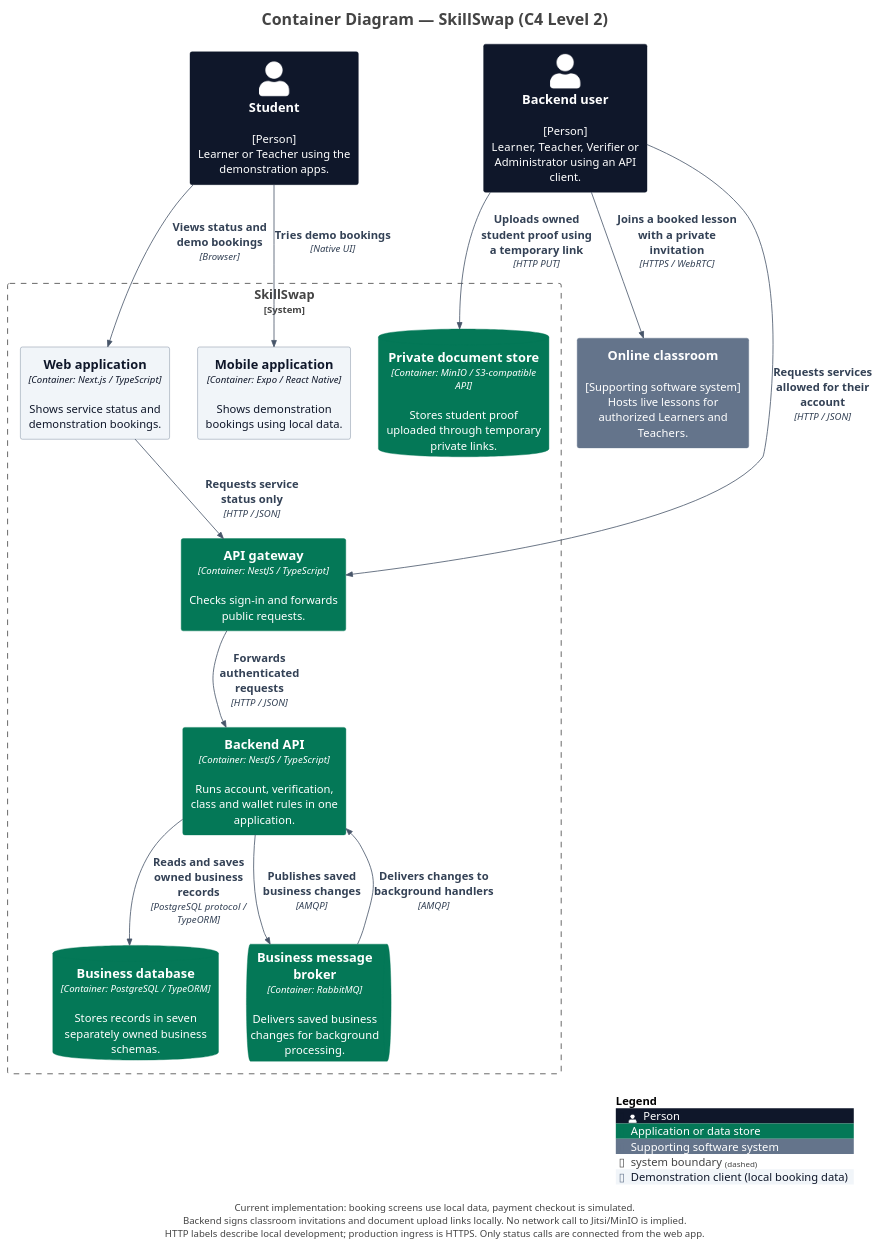
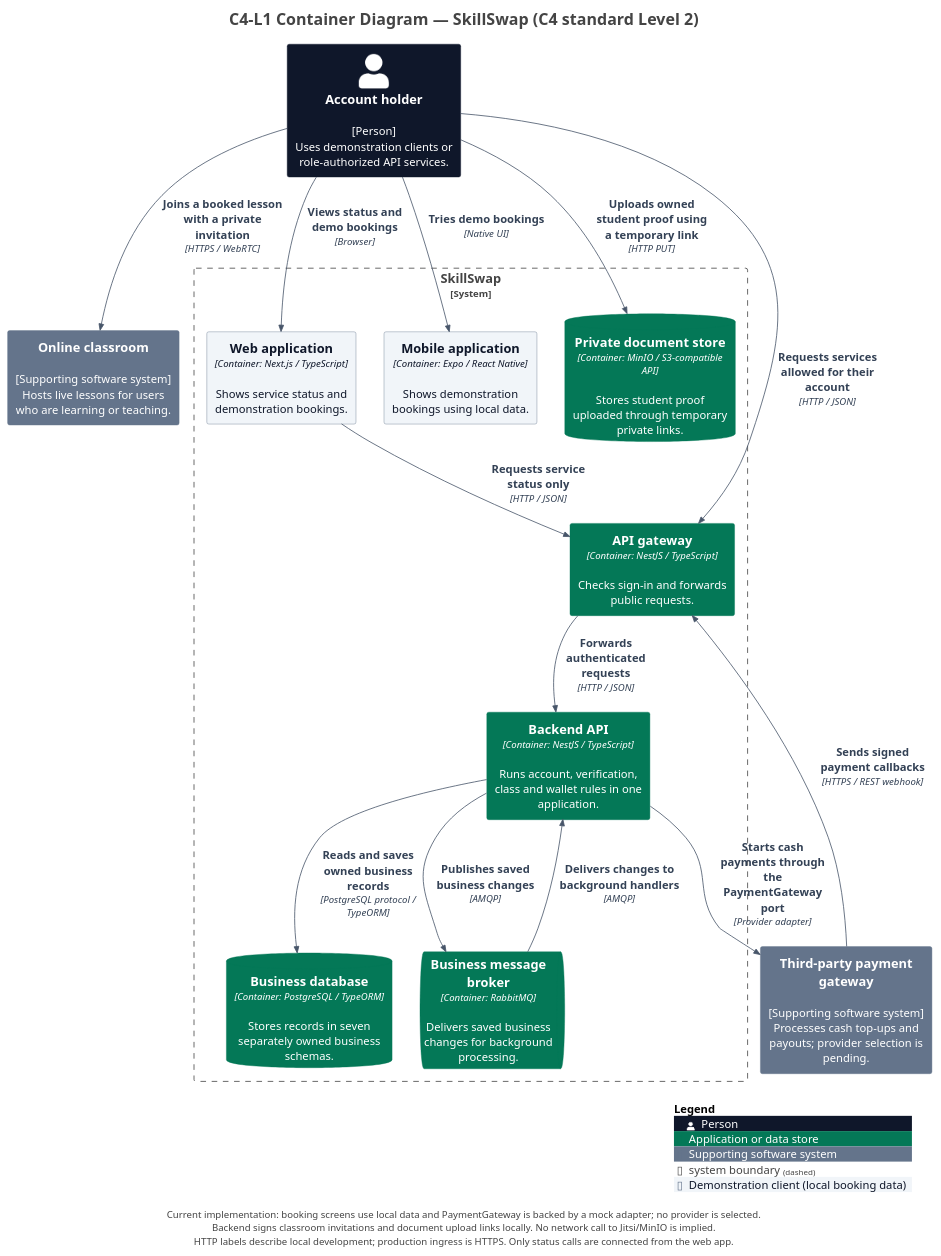
Before and after one commit to trankien022/SkillSwap: the diagram in docs/diagrams/c4/source/structurizr-Containers.puml, drawn with PlantUML. The commit also changed 19 other files, not shown here.

First line of the commit message:
docs(diagrams): align C4 with account roles

```diff
--- a/docs/diagrams/c4/source/structurizr-Containers.puml
+++ b/docs/diagrams/c4/source/structurizr-Containers.puml
@@ -1,65 +1,67 @@
 @startuml
-title Container Diagram — SkillSwap (C4 Level 2)
+title C4-L1 Container Diagram — SkillSwap (C4 standard Level 2)
 
 set separator none
 top to bottom direction
 
 <style>
   root {
     BackgroundColor: #ffffff
     FontColor: #444444
   }
 </style>
 
 !include <C4/C4>
 !include <C4/C4_Context>
 !include <C4/C4_Container>
 
 ' Presentation only: model elements and relationships come from workspace.dsl.
 skinparam defaultFontName Arial
 skinparam defaultFontSize 14
 skinparam shadowing false
 skinparam nodesep 35
 skinparam ranksep 45
 skinparam footerFontSize 12
 skinparam titleFontSize 20
 UpdateElementStyle("person", $bgColor="#0F172A", $fontColor="#FFFFFF", $borderColor="#0F172A", $legendText="Person")
 UpdateElementStyle("system", $bgColor="#047857", $fontColor="#FFFFFF", $borderColor="#047857", $legendText="Software system in scope")
 UpdateElementStyle("external_system", $bgColor="#64748B", $fontColor="#FFFFFF", $borderColor="#64748B", $legendText="Supporting software system")
 UpdateElementStyle("container", $bgColor="#047857", $fontColor="#FFFFFF", $borderColor="#047857", $legendText="Application or data store")
 UpdateRelStyle($lineColor="#475569", $textColor="#334155")
 AddElementTag("Demo", $bgColor="#F1F5F9", $fontColor="#0F172A", $borderColor="#64748B", $legendText="Demonstration client (local booking data)")
 
-Person(Student, "Student", $descr="[Person]\nLearner or Teacher using the demonstration apps.", $tags="", $link="")
-Person(Backenduser, "Backend user", $descr="[Person]\nLearner, Teacher, Verifier or Administrator using an API client.", $tags="", $link="")
-System_Ext(Onlineclassroom, "Online classroom", $descr="[Supporting software system]\nHosts live lessons for authorized Learners and Teachers.", $tags="", $link="")
+Person(AccountHolder, "Account holder", $descr="[Person]\nUses demonstration clients or role-authorized API services.", $tags="", $link="")
+System_Ext(Onlineclassroom, "Online classroom", $descr="[Supporting software system]\nHosts live lessons for users who are learning or teaching.", $tags="", $link="")
+System_Ext(Paymentgateway, "Third-party payment gateway", $descr="[Supporting software system]\nProcesses cash top-ups and payouts; provider selection is pending.", $tags="", $link="")
 
 System_Boundary("SkillSwap_boundary", "SkillSwap", $tags="") {
   Container(SkillSwap.APIgateway, "API gateway", $techn="Container: NestJS / TypeScript", $descr="Checks sign-in and forwards public requests.", $tags="", $link="")
   Container(SkillSwap.BackendAPI, "Backend API", $techn="Container: NestJS / TypeScript", $descr="Runs account, verification, class and wallet rules in one application.", $tags="", $link="")
   ContainerDb(SkillSwap.Businessdatabase, "Business database", $techn="Container: PostgreSQL / TypeORM", $descr="Stores records in seven separately owned business schemas.", $tags="", $link="")
   ContainerQueue(SkillSwap.Businessmessagebroker, "Business message broker", $techn="Container: RabbitMQ", $descr="Delivers saved business changes for background processing.", $tags="", $link="")
   ContainerDb(SkillSwap.Privatedocumentstore, "Private document store", $techn="Container: MinIO / S3-compatible API", $descr="Stores student proof uploaded through temporary private links.", $tags="", $link="")
   Container(SkillSwap.Webapplication, "Web application", $techn="Container: Next.js / TypeScript", $descr="Shows service status and demonstration bookings.", $tags="Demo", $link="")
   Container(SkillSwap.Mobileapplication, "Mobile application", $techn="Container: Expo / React Native", $descr="Shows demonstration bookings using local data.", $tags="Demo", $link="")
 }
 
-Rel(Student, SkillSwap.Webapplication, "Views status and demo bookings", $techn="Browser", $tags="", $link="")
-Rel(Student, SkillSwap.Mobileapplication, "Tries demo bookings", $techn="Native UI", $tags="", $link="")
-Rel(Backenduser, SkillSwap.APIgateway, "Requests services allowed for their account", $techn="HTTP / JSON", $tags="", $link="")
-Rel(Backenduser, SkillSwap.Privatedocumentstore, "Uploads owned student proof using a temporary link", $techn="HTTP PUT", $tags="", $link="")
-Rel(Backenduser, Onlineclassroom, "Joins a booked lesson with a private invitation", $techn="HTTPS / WebRTC", $tags="", $link="")
+Rel(AccountHolder, SkillSwap.Webapplication, "Views status and demo bookings", $techn="Browser", $tags="", $link="")
+Rel(AccountHolder, SkillSwap.Mobileapplication, "Tries demo bookings", $techn="Native UI", $tags="", $link="")
+Rel(AccountHolder, SkillSwap.APIgateway, "Requests services allowed for their account", $techn="HTTP / JSON", $tags="", $link="")
+Rel(AccountHolder, SkillSwap.Privatedocumentstore, "Uploads owned student proof using a temporary link", $techn="HTTP PUT", $tags="", $link="")
+Rel(AccountHolder, Onlineclassroom, "Joins a booked lesson with a private invitation", $techn="HTTPS / WebRTC", $tags="", $link="")
 Rel(SkillSwap.Webapplication, SkillSwap.APIgateway, "Requests service status only", $techn="HTTP / JSON", $tags="", $link="")
 Rel(SkillSwap.APIgateway, SkillSwap.BackendAPI, "Forwards authenticated requests", $techn="HTTP / JSON", $tags="", $link="")
 Rel(SkillSwap.BackendAPI, SkillSwap.Businessdatabase, "Reads and saves owned business records", $techn="PostgreSQL protocol / TypeORM", $tags="", $link="")
 Rel(SkillSwap.BackendAPI, SkillSwap.Businessmessagebroker, "Publishes saved business changes", $techn="AMQP", $tags="", $link="")
 Rel(SkillSwap.Businessmessagebroker, SkillSwap.BackendAPI, "Delivers changes to background handlers", $techn="AMQP", $tags="", $link="")
+Rel(SkillSwap.BackendAPI, Paymentgateway, "Starts cash payments through the PaymentGateway port", $techn="Provider adapter", $tags="", $link="")
+Rel(Paymentgateway, SkillSwap.APIgateway, "Sends signed payment callbacks", $techn="HTTPS / REST webhook", $tags="", $link="")
 
-Lay_R(Student, Backenduser)
+Lay_R(AccountHolder, Onlineclassroom)
 Lay_R(SkillSwap.Webapplication, SkillSwap.Mobileapplication)
 Lay_D(SkillSwap.APIgateway, SkillSwap.BackendAPI)
 Lay_R(SkillSwap.Businessdatabase, SkillSwap.Businessmessagebroker)
 Lay_R(SkillSwap.Privatedocumentstore, Onlineclassroom)
 SHOW_LEGEND()
-footer Current implementation: booking screens use local data, payment checkout is simulated.\nBackend signs classroom invitations and document upload links locally. No network call to Jitsi/MinIO is implied.\nHTTP labels describe local development; production ingress is HTTPS. Only status calls are connected from the web app.
+footer Current implementation: booking screens use local data and PaymentGateway is backed by a mock adapter; no provider is selected.\nBackend signs classroom invitations and document upload links locally. No network call to Jitsi/MinIO is implied.\nHTTP labels describe local development; production ingress is HTTPS. Only status calls are connected from the web app.
 @enduml
```
